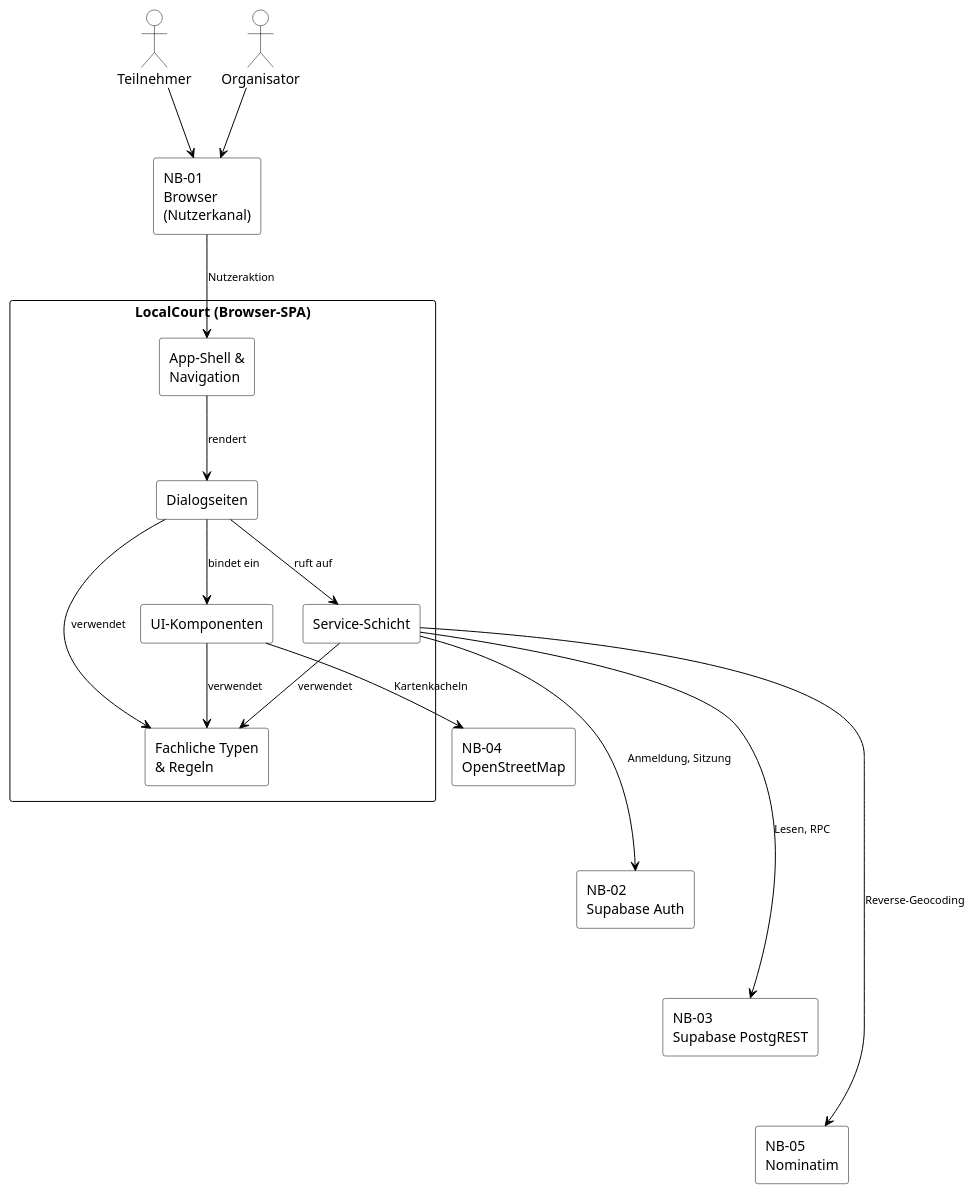
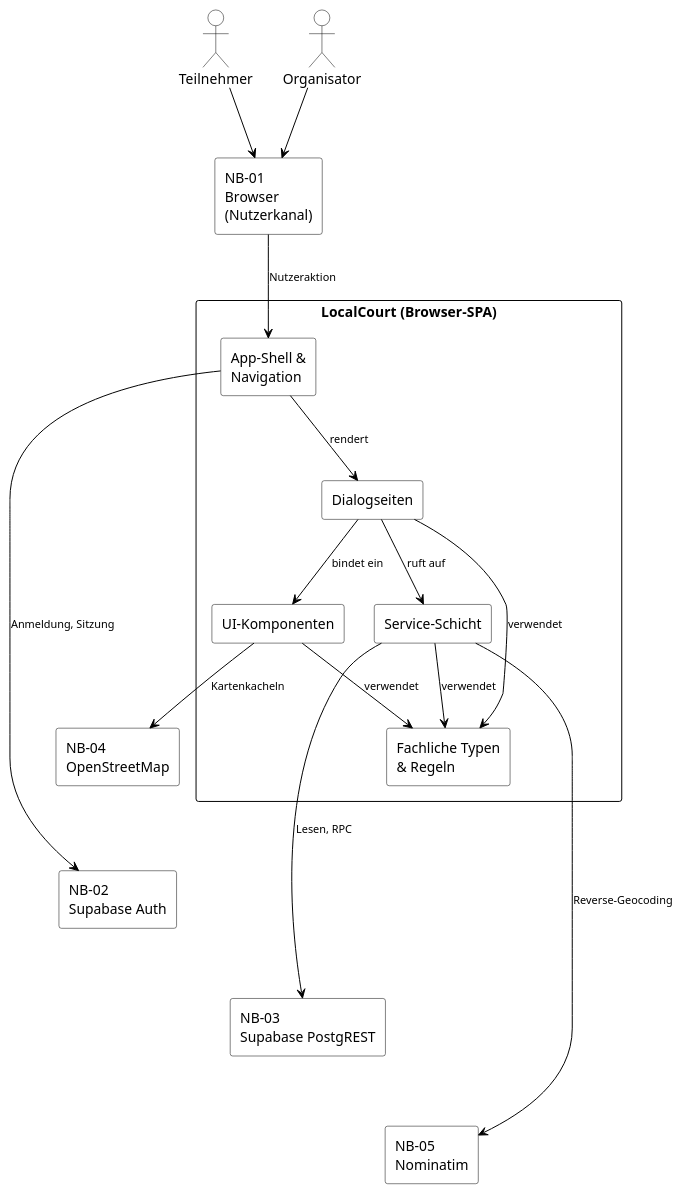
Before and after one commit to Finn5k/Wirtschaftsinformatik-Projekt-I: the diagram in docs/arch/diagrams/A05-bausteinsicht-ebene1.puml, drawn with PlantUML. The commit also changed 1 other file, not shown here.

Commit message:
docs(arch): connect A05 level-1 auth link to app shell
Align the level-1 building-block view with ADR-002, A05 section 5.4 and the level-2 view. Supabase Auth (NB-02) is accessed by App-Shell & Navigation via AuthProvider, not by the service layer. Re-render the corresponding PNG.

```diff
--- a/docs/arch/diagrams/A05-bausteinsicht-ebene1.puml
+++ b/docs/arch/diagrams/A05-bausteinsicht-ebene1.puml
@@ -1,55 +1,55 @@
 @startuml A05-bausteinsicht-ebene1
 skinparam backgroundColor White
 skinparam shadowing false
 skinparam ArrowColor Black
 skinparam ArrowFontSize 11
 skinparam actor {
   BackgroundColor White
   BorderColor Black
 }
 skinparam rectangle {
   BackgroundColor White
   BorderColor Black
 }
 skinparam nodesep 30
 skinparam ranksep 70
 
 actor "Teilnehmer" as Teilnehmer
 actor "Organisator" as Organisator
 
 rectangle "NB-01\nBrowser\n(Nutzerkanal)" as NB01
 
 rectangle "**LocalCourt (Browser-SPA)**" {
   rectangle "App-Shell &\nNavigation" as Shell
   rectangle "Dialogseiten" as Pages
   rectangle "UI-Komponenten" as UI
   rectangle "Service-Schicht" as Services
   rectangle "Fachliche Typen\n& Regeln" as Types
 
   Shell --> Pages : rendert
   Pages --> UI : bindet ein
   Pages --> Services : ruft auf
   Pages --> Types : verwendet
   UI --> Types : verwendet
   Services --> Types : verwendet
 }
 
 rectangle "NB-04\nOpenStreetMap" as NB04
 rectangle "NB-02\nSupabase Auth" as NB02
 rectangle "NB-03\nSupabase PostgREST" as NB03
 rectangle "NB-05\nNominatim" as NB05
 
 Teilnehmer --> NB01
 Organisator --> NB01
 NB01 --> Shell : Nutzeraktion
 
 UI -[#Black]-> NB04 : Kartenkacheln
-Services -[#Black]-> NB02 : Anmeldung, Sitzung
+Shell -[#Black]-> NB02 : Anmeldung, Sitzung
 Services -[#Black]-> NB03 : Lesen, RPC
 Services -[#Black]-> NB05 : Reverse-Geocoding
 
 NB04 -[hidden]- NB02
 NB02 -[hidden]- NB03
 NB03 -[hidden]- NB05
 
 @enduml
```
